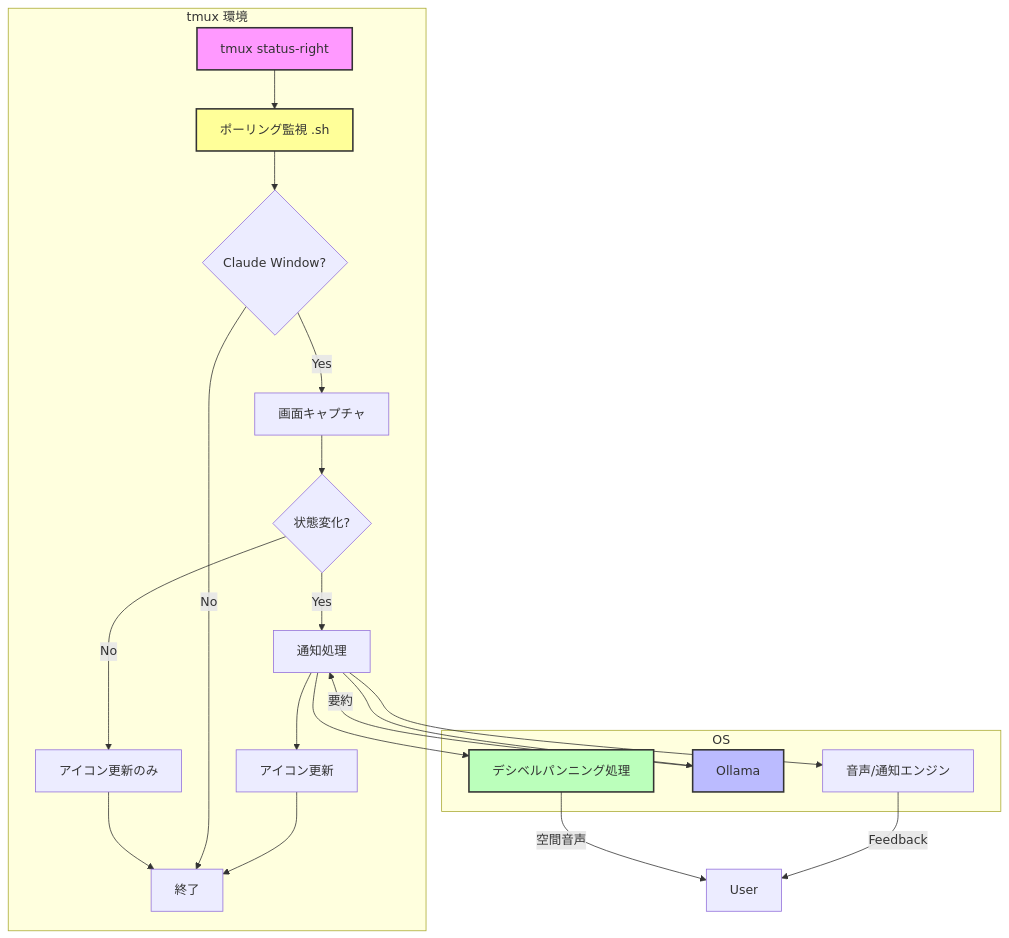
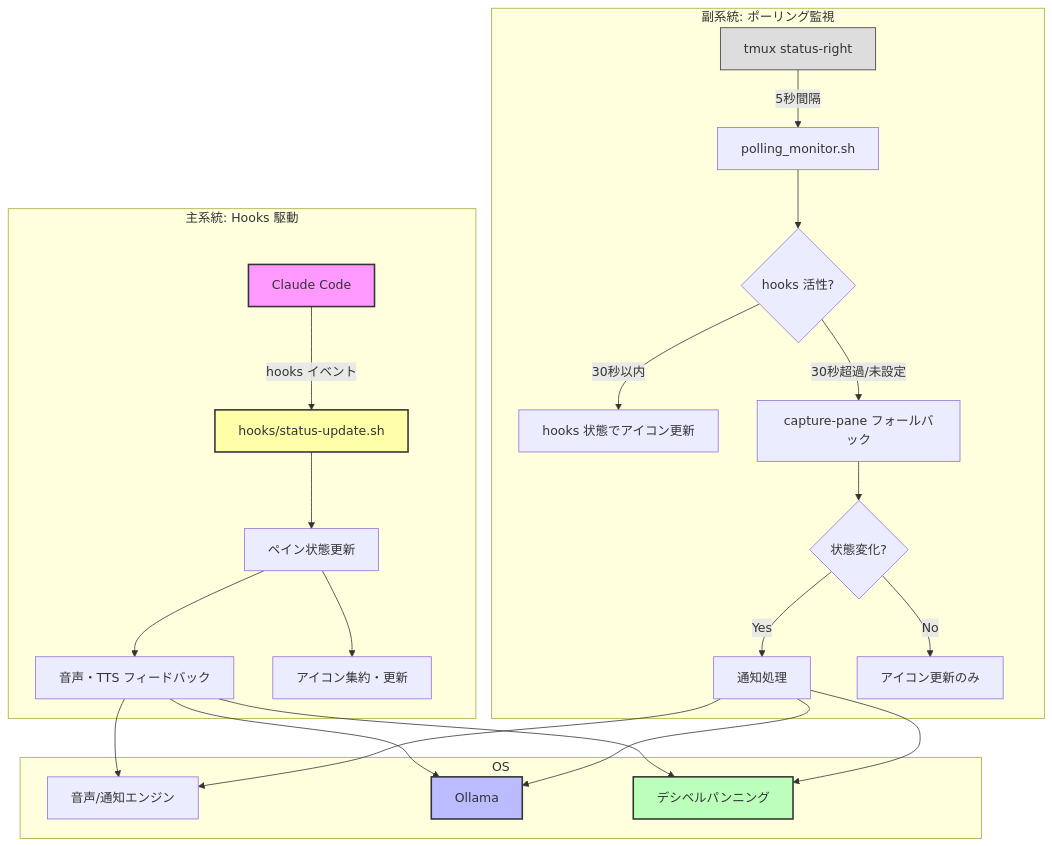
The diagram in .tmux/docs/01-system-overview.md (ysano/dotfiles), drawn with Mermaid before and after one commit. The commit also changed other lines of this file and 6 other files, not shown here.

````diff
--- a/.tmux/docs/01-system-overview.md
+++ b/.tmux/docs/01-system-overview.md
@@ -50,30 +50,34 @@
 ```mermaid
 graph TD
-    subgraph tmux 環境
-        A[tmux status-right] --> B[ポーリング監視 .sh];
-        B --> C{Claude Window?};
-        C -- Yes --> D[画面キャプチャ];
-        D --> E{状態変化?};
-        E -- Yes --> F[通知処理];
-        F --> G[アイコン更新];
-        G --> H[終了];
-        C -- No --> H;
-        E -- No --> I[アイコン更新のみ];
-        I --> H;
+    subgraph "主系統: Hooks 駆動"
+        H1[Claude Code] -->|hooks イベント| H2[hooks/status-update.sh]
+        H2 --> H3[ペイン状態更新]
+        H3 --> H4[音声・TTS フィードバック]
+        H3 --> H5[アイコン集約・更新]
+    end
+
+    subgraph "副系統: ポーリング監視"
+        A[tmux status-right] -->|5秒間隔| B[polling_monitor.sh]
+        B --> B1{hooks 活性?}
+        B1 -->|30秒以内| B2[hooks 状態でアイコン更新]
+        B1 -->|30秒超過/未設定| C[capture-pane フォールバック]
+        C --> D{状態変化?}
+        D -->|Yes| F[通知処理]
+        D -->|No| G[アイコン更新のみ]
     end
 
     subgraph OS
-        F --> J[音声/通知エンジン];
-        F --> K[Ollama];
-        F --> L[デシベルパンニング処理];
+        H4 --> J[音声/通知エンジン]
+        H4 --> K[Ollama]
+        H4 --> L[デシベルパンニング]
+        F --> J
+        F --> K
+        F --> L
     end
 
-    K -- 要約 --> F;
-    J -- Feedback --> User;
-    L -- 空間音声 --> User;
-
-    style A fill:#f9f,stroke:#333,stroke-width:2px
-    style B fill:#ff9,stroke:#333,stroke-width:2px
+    style H1 fill:#f9f,stroke:#333,stroke-width:2px
+    style H2 fill:#ffa,stroke:#333,stroke-width:2px
+    style A fill:#ddd,stroke:#333,stroke-width:1px
     style K fill:#bbf,stroke:#333,stroke-width:2px
     style L fill:#bfb,stroke:#333,stroke-width:2px
 ```
````
